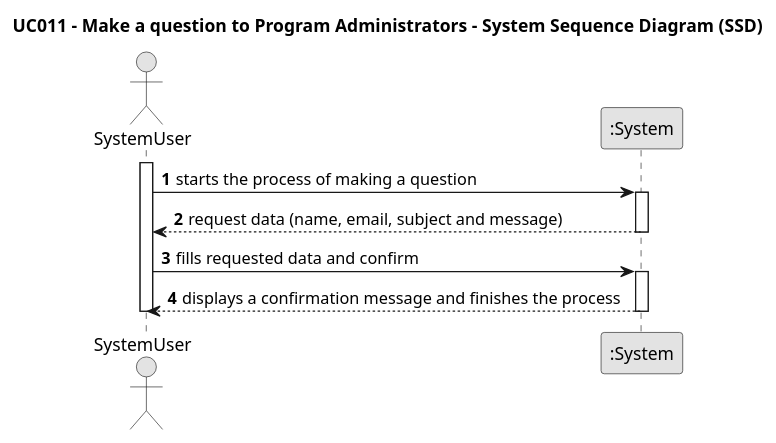
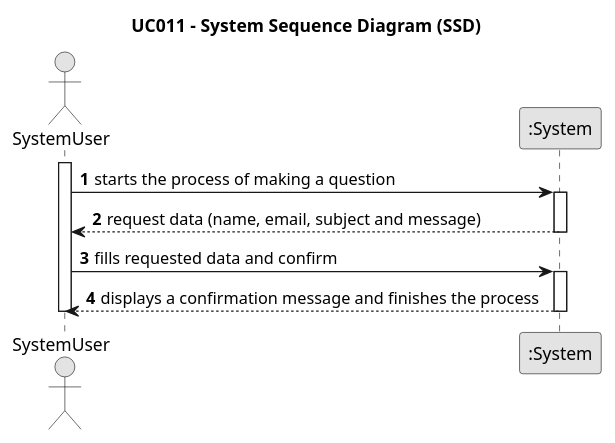
One commit to tbarracha/Upskill-Sprint-2-Gladly-Given changed the diagram in javaSprint2GladlyGiven/Docs/UseCases/uc011/us011-SSD.puml. Above: the diagram before and after it, drawn with PlantUML. The commit also changed 8 other files, not shown here.

```diff
--- a/javaSprint2GladlyGiven/Docs/UseCases/uc011/us011-SSD.puml
+++ b/javaSprint2GladlyGiven/Docs/UseCases/uc011/us011-SSD.puml
@@ -1,27 +1,27 @@
 @startuml
 skinparam monochrome true
 skinparam packageStyle rectangle
 skinparam shadowing false
 
-title UC011 - Make a question to Program Administrators - System Sequence Diagram (SSD)
+title UC011 - System Sequence Diagram (SSD)
 
 autonumber
 
 actor SystemUser
 participant ":System" as System
 
 activate SystemUser
     SystemUser -> System : starts the process of making a question
     activate System
         System --> SystemUser : request data (name, email, subject and message)
     deactivate System
 
     SystemUser -> System :fills requested data and confirm
 
     activate System
         System --> SystemUser :displays a confirmation message and finishes the process
     deactivate System
 
 deactivate SystemUser
 
 @enduml
```
